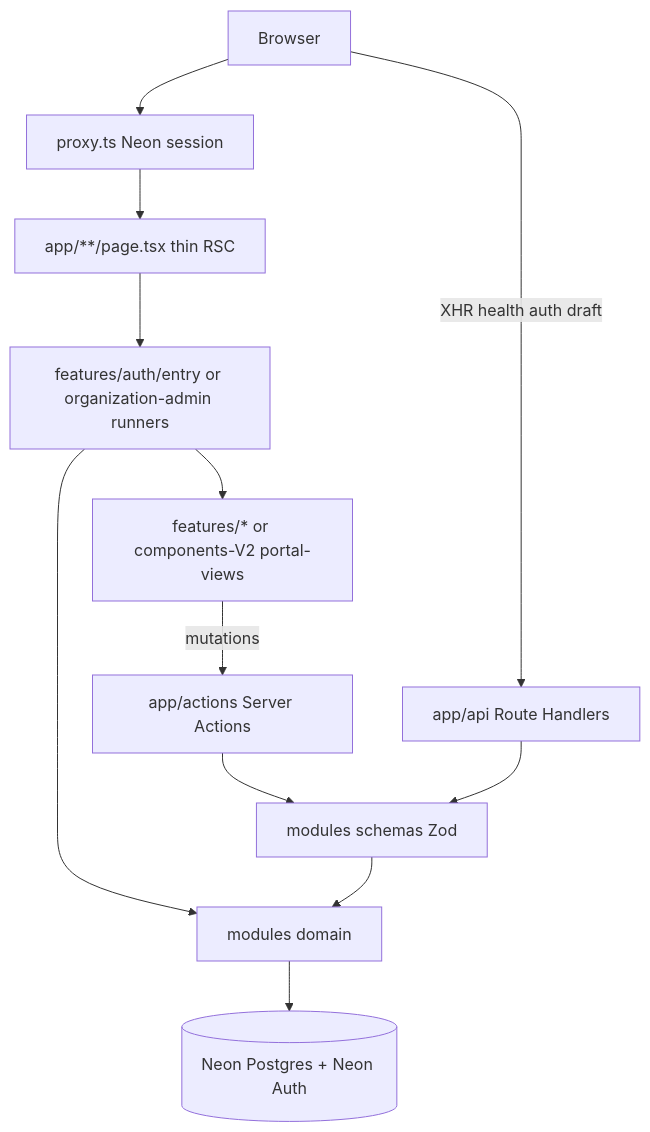
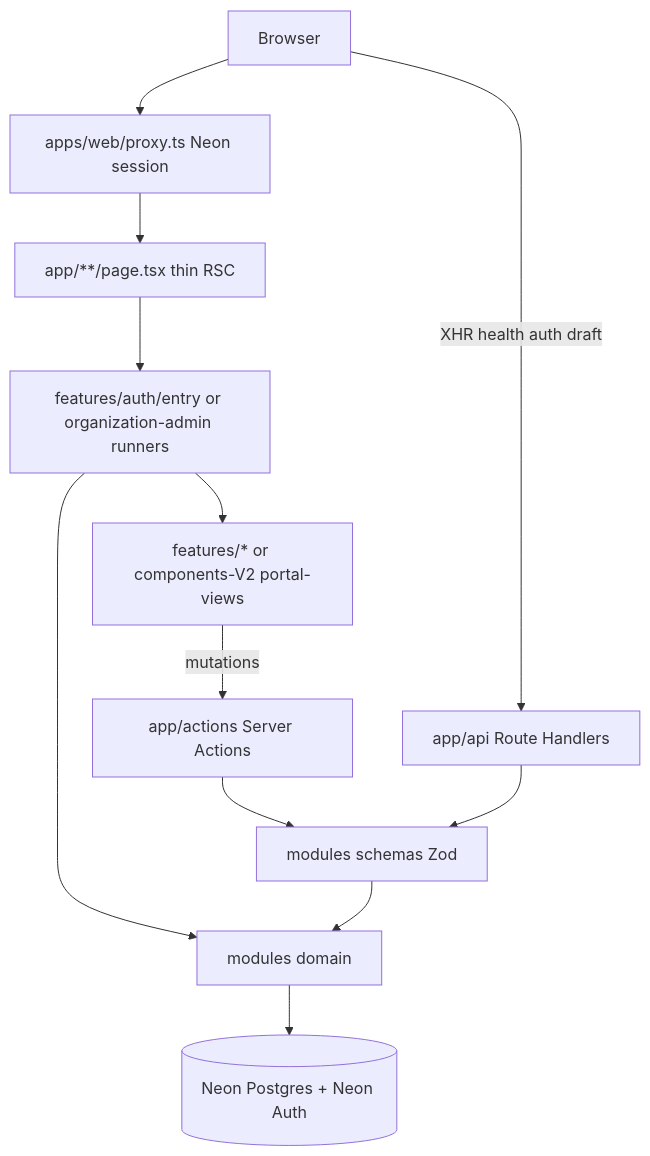
The diagram in docs/architecture/frontend/ARCH-002-frontend-architecture.md (pohlai88/afenda-lite), drawn with Mermaid before and after one commit. The commit also changed other lines of this file and 167 other files, not shown here.

````diff
--- a/docs/architecture/frontend/ARCH-002-frontend-architecture.md
+++ b/docs/architecture/frontend/ARCH-002-frontend-architecture.md
@@ -17,25 +17,25 @@
 ```mermaid
 flowchart TD
   browser[Browser]
-  proxy[proxy.ts Neon session]
+  proxy[apps/web/proxy.ts Neon session]
   page[app/**/page.tsx thin RSC]
   entry[features/auth/entry or organization-admin runners]
   feature[features/* or components-V2 portal-views]
   action[app/actions Server Actions]
   api[app/api Route Handlers]
   schema[modules schemas Zod]
   domain[modules domain]
   neon[(Neon Postgres + Neon Auth)]
 
   browser --> proxy
   proxy --> page
   page --> entry
   entry --> feature
   entry --> domain
   feature -->|mutations| action
   browser -->|XHR health auth draft| api
   action --> schema
   api --> schema
   schema --> domain
   domain --> neon
 ```
````
